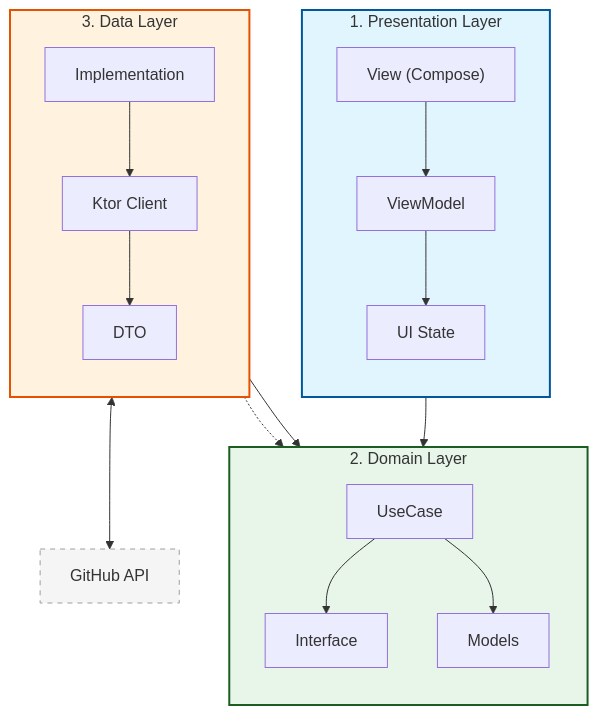
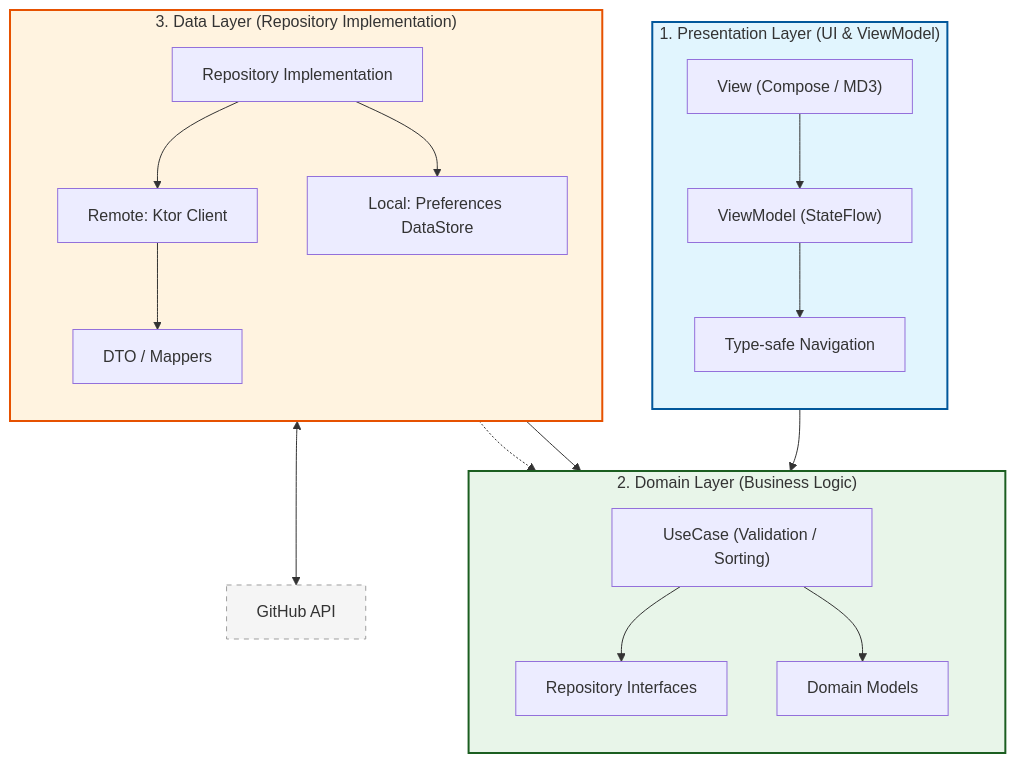
One commit to yono-ms/SamplePandaAI changed the diagram in docs/ARCHITECTURE_DESIGN.md. Above: the diagram before and after it, drawn with Mermaid. The commit also changed other lines of this file and 17 other files, not shown here.

````diff
--- a/docs/ARCHITECTURE_DESIGN.md
+++ b/docs/ARCHITECTURE_DESIGN.md
@@ -10,43 +12,45 @@
 ```mermaid
 graph TD
-    subgraph Presentation_Layer ["1. Presentation Layer"]
+  subgraph Presentation_Layer ["1. Presentation Layer (UI & ViewModel)"]
         direction TB
-        View["View (Compose)"]
-        VM["ViewModel"]
-        State["UI State"]
+    View["View (Compose / MD3)"]
+    VM["ViewModel (StateFlow)"]
+    Nav["Type-safe Navigation"]
     end
 
-    subgraph Domain_Layer ["2. Domain Layer"]
+  subgraph Domain_Layer ["2. Domain Layer (Business Logic)"]
         direction TB
-        UseCase["UseCase"]
-        Model["Models"]
-        RepoIntf["Interface"]
+    UseCase["UseCase (Validation / Sorting)"]
+    Model["Domain Models"]
+    RepoIntf["Repository Interfaces"]
     end
 
-    subgraph Data_Layer ["3. Data Layer"]
+  subgraph Data_Layer ["3. Data Layer (Repository Implementation)"]
         direction TB
-        RepoImpl["Implementation"]
-        Network["Ktor Client"]
-        DTO["DTO"]
+    RepoImpl["Repository Implementation"]
+    Network["Remote: Ktor Client"]
+    Local["Local: Preferences DataStore"]
+    DTO["DTO / Mappers"]
     end
 
     External_API["GitHub API"]
 
     %% 依存関係の流れ
     View --> VM
-    VM --> State
     VM --> UseCase
+  VM --> Nav
     UseCase --> RepoIntf
     UseCase --> Model
     RepoImpl -.-> RepoIntf
     RepoImpl --> Network
+  RepoImpl --> Local
     RepoImpl --> Model
     Network --> DTO
     Network <--> External_API
 
     %% スタイル定義
     style Presentation_Layer fill:#e1f5fe,stroke:#01579b,stroke-width:2px
     style Domain_Layer fill:#e8f5e9,stroke:#1b5e20,stroke-width:2px
     style Data_Layer fill:#fff3e0,stroke:#e65100,stroke-width:2px
     style External_API fill:#f5f5f5,stroke:#9e9e9e,stroke-dasharray: 5 5
 ```
````
